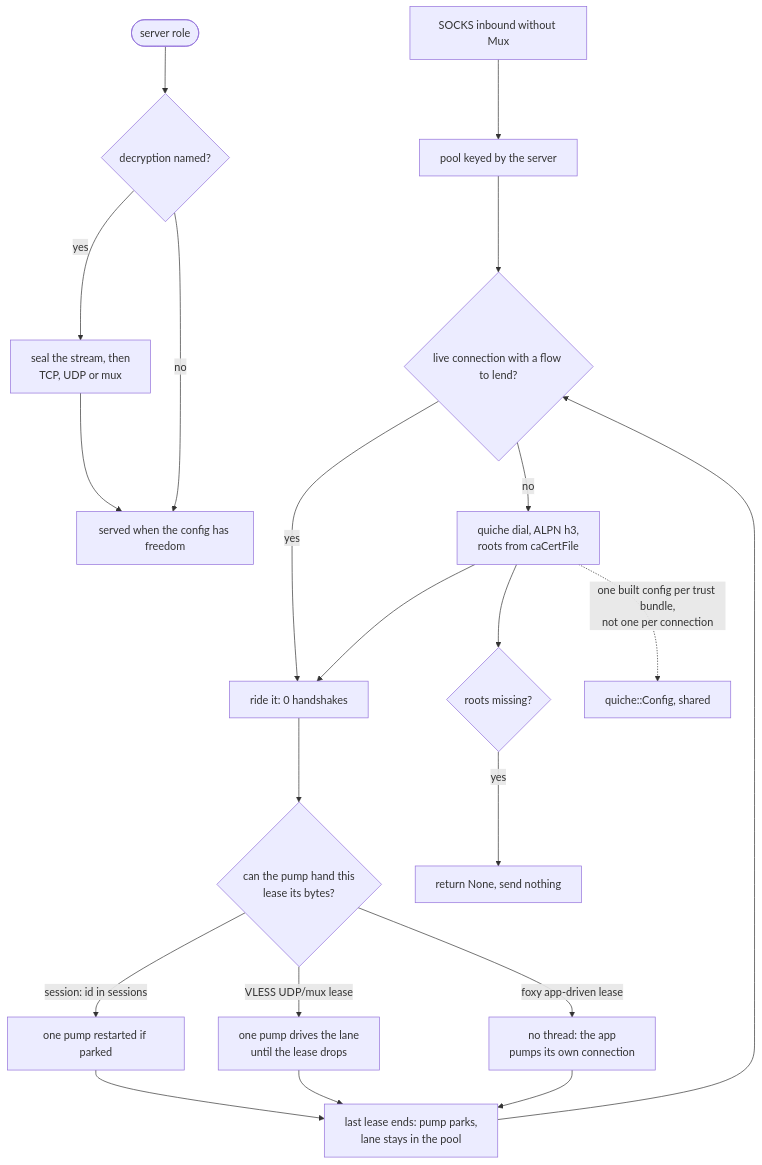
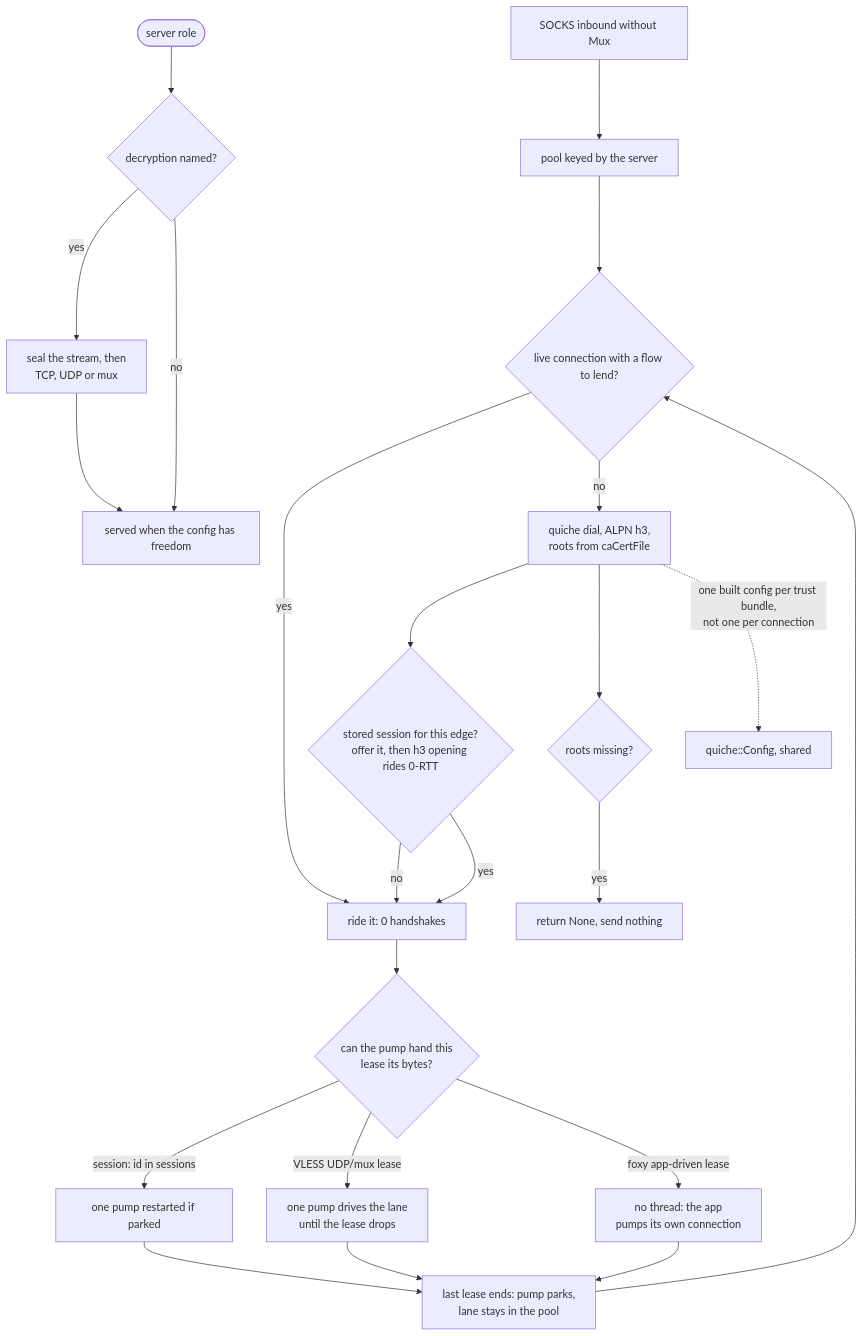
Before and after one commit to Ferrocite/ferrox: the diagram in docs/function/carrier-quic.md, drawn with Mermaid. The commit also changed 2 other files, not shown here.

Commit message:
quic/hysteria: bound resumption, defer 0-RTT dispatch, and clean source-id aliases

````diff
--- a/docs/function/carrier-quic.md
+++ b/docs/function/carrier-quic.md
@@ -25,23 +25,25 @@
 ```mermaid
 graph TD
     S["SOCKS inbound without Mux"] --> P["pool keyed by the server"]
     P --> Q{"live connection with a flow to lend?"}
     Q -- yes --> U["ride it: 0 handshakes"]
     Q -- no --> D["quiche dial, ALPN h3,<br/>roots from caCertFile"]
-    D --> U
+    D --> R0{"stored session for this edge?<br/>offer it, then h3 opening rides 0-RTT"}
+    R0 -- no --> U
+    R0 -- yes --> U
     U --> V{"can the pump hand this<br/>lease its bytes?"}
     V -- "session: id in sessions" --> W["one pump restarted if parked"]
     V -- "VLESS UDP/mux lease" --> W2["one pump drives the lane<br/>until the lease drops"]
     V -- "foxy app-driven lease" --> Y["no thread: the app<br/>pumps its own connection"]
     W --> K["last lease ends: pump parks,<br/>lane stays in the pool"]
     W2 --> K
     Y --> K
     K --> Q
     D --> N{"roots missing?"}
     N -- yes --> X["return None, send nothing"]
     D -. "one built config per trust bundle,<br/>not one per connection" .-> CF["quiche::Config, shared"]
     H(["server role"]) --> E{"decryption named?"}
     E -- yes --> ES["seal the stream, then<br/>TCP, UDP or mux"]
     E -- no --> R["served when the config has freedom"]
     ES --> R
 ```
````
